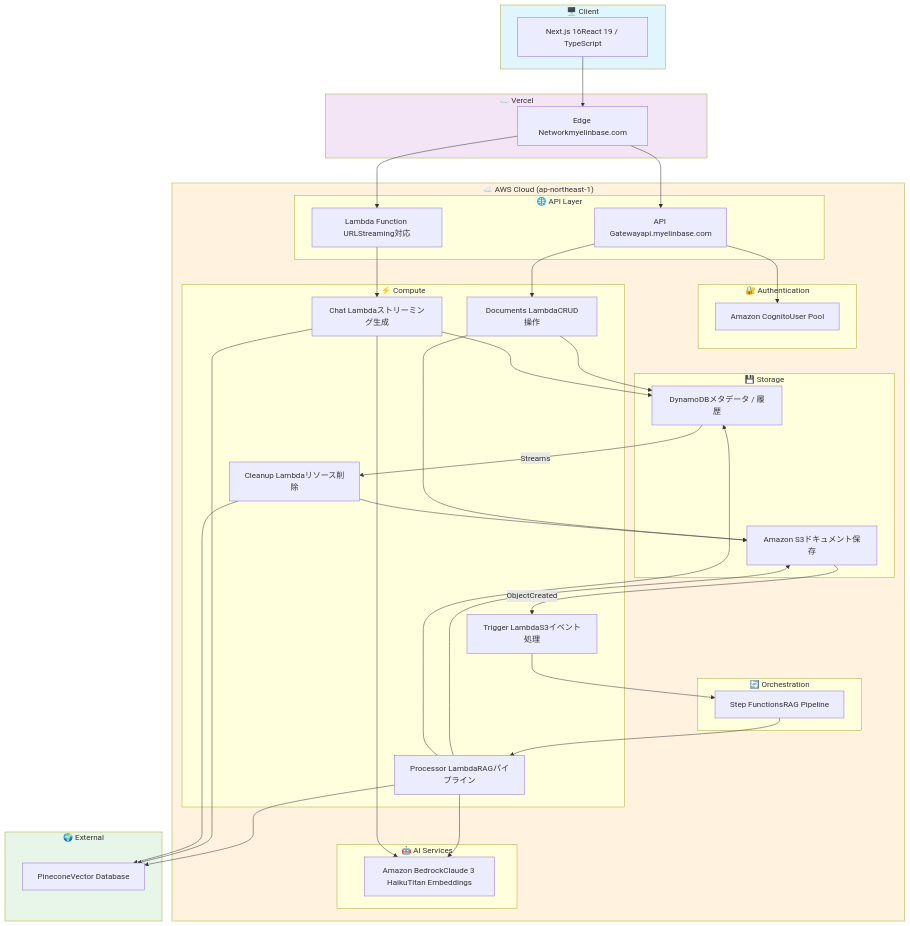
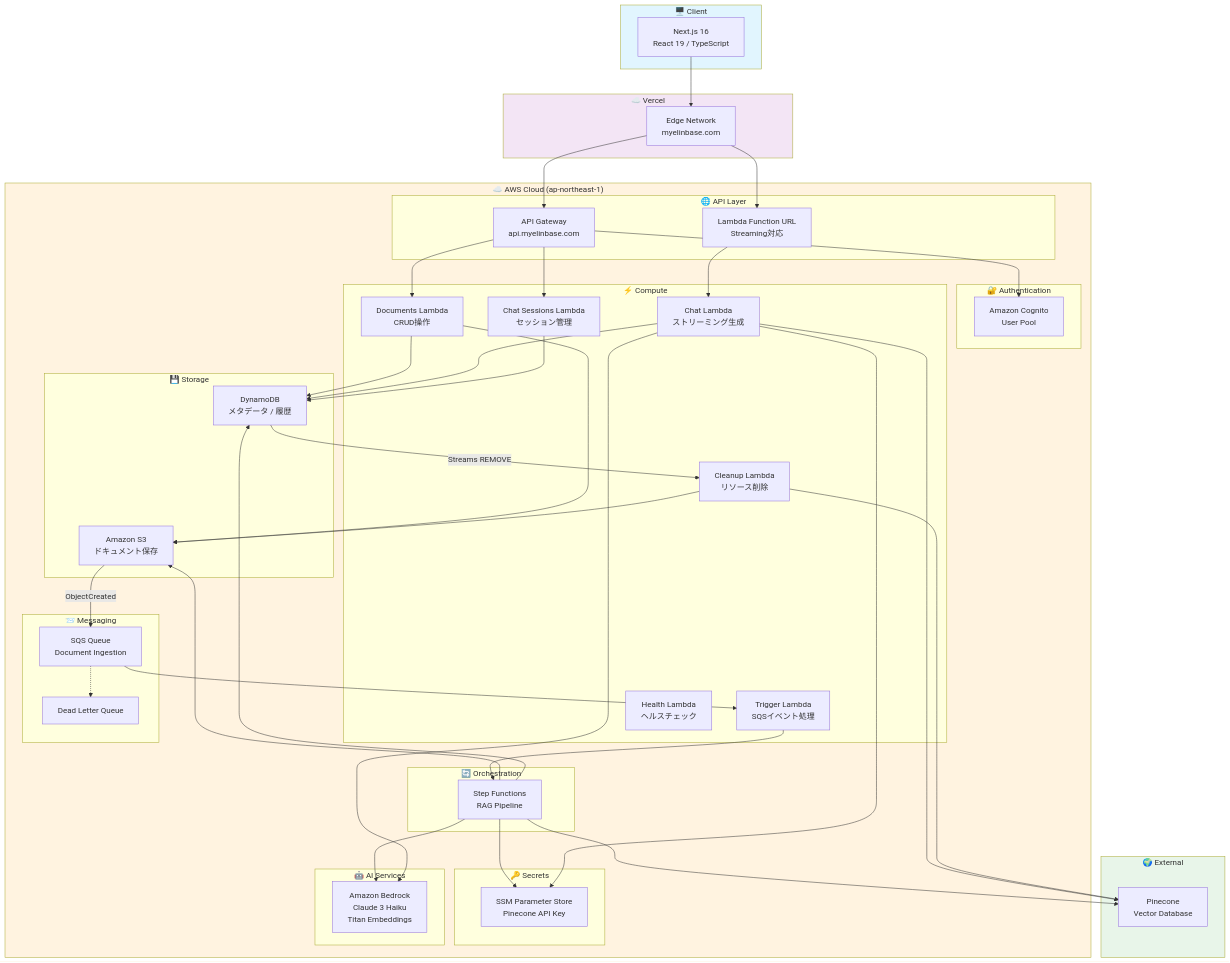
Before and after one commit to r-serori/myelinbase-backend: the first of 3 diagrams in README.md, drawn with Mermaid. The commit also changed other lines of this file and 1 other file, not shown here.

````diff
--- a/README.md
+++ b/README.md
@@ -25,47 +25,57 @@
 ```mermaid
 flowchart TB
     subgraph Client["🖥️ Client"]
-        Frontend["Next.js 16React 19 / TypeScript"]
+        Frontend["Next.js 16<br/>React 19 / TypeScript"]
     end
 
     subgraph Vercel["☁️ Vercel"]
-        VercelEdge["Edge Networkmyelinbase.com"]
+        VercelEdge["Edge Network<br/>myelinbase.com"]
     end
 
     subgraph AWS["☁️ AWS Cloud (ap-northeast-1)"]
         subgraph Auth["🔐 Authentication"]
-            Cognito["Amazon CognitoUser Pool"]
+            Cognito["Amazon Cognito<br/>User Pool"]
         end
 
         subgraph API["🌐 API Layer"]
-            APIGW["API Gatewayapi.myelinbase.com"]
-            ChatURL["Lambda Function URLStreaming対応"]
+            APIGW["API Gateway<br/>api.myelinbase.com"]
+            ChatURL["Lambda Function URL<br/>Streaming対応"]
         end
 
         subgraph Compute["⚡ Compute"]
-            DocLambda["Documents LambdaCRUD操作"]
-            ChatLambda["Chat Lambdaストリーミング生成"]
-            TriggerLambda["Trigger LambdaS3イベント処理"]
-            ProcessorLambda["Processor LambdaRAGパイプライン"]
-            CleanupLambda["Cleanup Lambdaリソース削除"]
+            DocLambda["Documents Lambda<br/>CRUD操作"]
+            ChatLambda["Chat Lambda<br/>ストリーミング生成"]
+            ChatSessionsLambda["Chat Sessions Lambda<br/>セッション管理"]
+            TriggerLambda["Trigger Lambda<br/>SQSイベント処理"]
+            CleanupLambda["Cleanup Lambda<br/>リソース削除"]
+            HealthLambda["Health Lambda<br/>ヘルスチェック"]
+        end
+
+        subgraph Messaging["📨 Messaging"]
+            SQS["SQS Queue<br/>Document Ingestion"]
+            DLQ["Dead Letter Queue"]
         end
 
         subgraph Orchestration["🔄 Orchestration"]
-            StepFunctions["Step FunctionsRAG Pipeline"]
+            StepFunctions["Step Functions<br/>RAG Pipeline"]
         end
 
         subgraph Storage["💾 Storage"]
-            S3["Amazon S3ドキュメント保存"]
-            DynamoDB["DynamoDBメタデータ / 履歴"]
+            S3["Amazon S3<br/>ドキュメント保存"]
+            DynamoDB["DynamoDB<br/>メタデータ / 履歴"]
+        end
+
+        subgraph Secrets["🔑 Secrets"]
+            SSM["SSM Parameter Store<br/>Pinecone API Key"]
         end
 
         subgraph AI["🤖 AI Services"]
-            Bedrock["Amazon BedrockClaude 3 HaikuTitan Embeddings"]
+            Bedrock["Amazon Bedrock<br/>Claude 3 Haiku<br/>Titan Embeddings"]
         end
     end
 
     subgraph External["🌍 External"]
-        Pinecone["PineconeVector Database"]
+        Pinecone["Pinecone<br/>Vector Database"]
     end
 
     Frontend --> VercelEdge
@@ -74,25 +84,30 @@
 
     APIGW --> Cognito
     APIGW --> DocLambda
+    APIGW --> ChatSessionsLambda
     ChatURL --> ChatLambda
 
     DocLambda --> DynamoDB
     DocLambda --> S3
 
-    S3 -->|ObjectCreated| TriggerLambda
+    S3 -->|ObjectCreated| SQS
+    SQS --> TriggerLambda
+    SQS -.-> DLQ
     TriggerLambda --> StepFunctions
-    StepFunctions --> ProcessorLambda
-
-    ProcessorLambda --> S3
-    ProcessorLambda --> DynamoDB
-    ProcessorLambda --> Bedrock
-    ProcessorLambda --> Pinecone
+    StepFunctions --> S3
+    StepFunctions --> DynamoDB
+    StepFunctions --> Bedrock
+    StepFunctions --> Pinecone
+    StepFunctions --> SSM
 
     ChatLambda --> DynamoDB
     ChatLambda --> Bedrock
     ChatLambda --> Pinecone
+    ChatLambda --> SSM
 
-    DynamoDB -->|Streams| CleanupLambda
+    ChatSessionsLambda --> DynamoDB
+
+    DynamoDB -->|Streams REMOVE| CleanupLambda
     CleanupLambda --> S3
     CleanupLambda --> Pinecone
 
````
